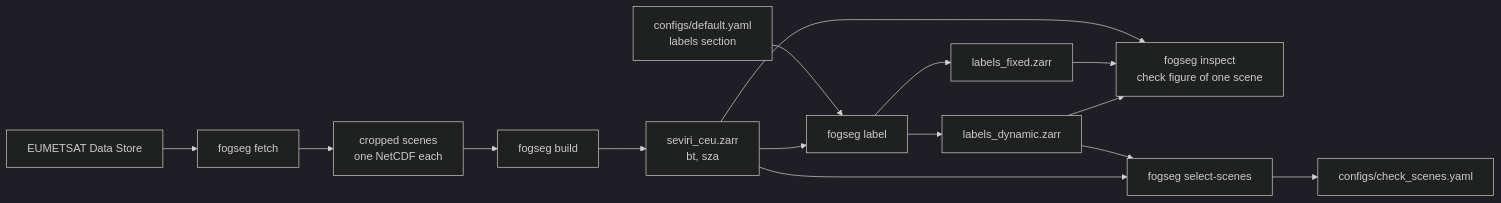
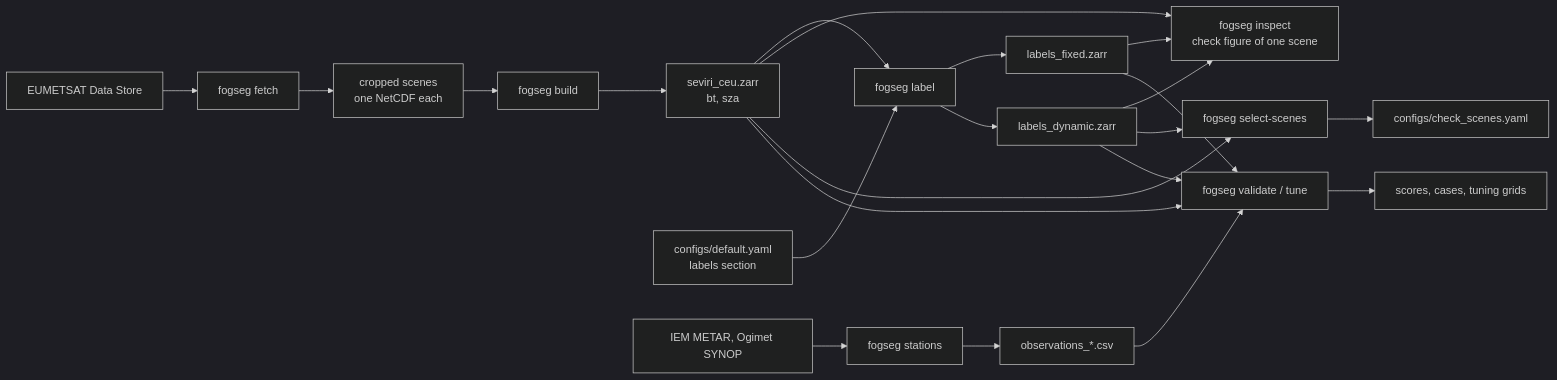
One commit to muhammettcepi/seviri-fog-segmentation changed the diagram in README.md. Above: the diagram before and after it, drawn with Mermaid (dark theme). The commit also changed other lines of this file and 5 other files, not shown here.

First line of the commit message:
Tune the BTD threshold against stations: fixed 4.0 K

````diff
--- a/README.md
+++ b/README.md
@@ -66,17 +88,24 @@
 ```mermaid
 flowchart LR
     store["EUMETSAT Data Store"] --> fetch["fogseg fetch"]
     fetch --> scenes["cropped scenes<br/>one NetCDF each"]
     scenes --> build["fogseg build"]
     build --> data["seviri_ceu.zarr<br/>bt, sza"]
     config["configs/default.yaml<br/>labels section"] --> label["fogseg label"]
     data --> label
     label --> fixed["labels_fixed.zarr"]
     label --> dynamic["labels_dynamic.zarr"]
     data --> inspect["fogseg inspect<br/>check figure of one scene"]
     fixed --> inspect
     dynamic --> inspect
     dynamic --> select["fogseg select-scenes"]
     data --> select
     select --> check["configs/check_scenes.yaml"]
+    iem["IEM METAR, Ogimet SYNOP"] --> stations["fogseg stations"]
+    stations --> obs["observations_*.csv"]
+    obs --> validate["fogseg validate / tune"]
+    fixed --> validate
+    dynamic --> validate
+    data --> validate
+    validate --> scores["scores, cases, tuning grids"]
 ```
````
